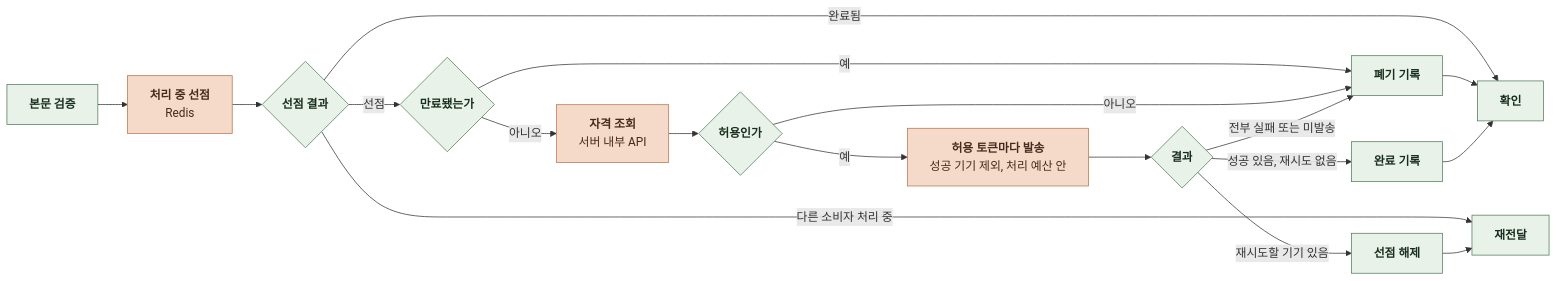
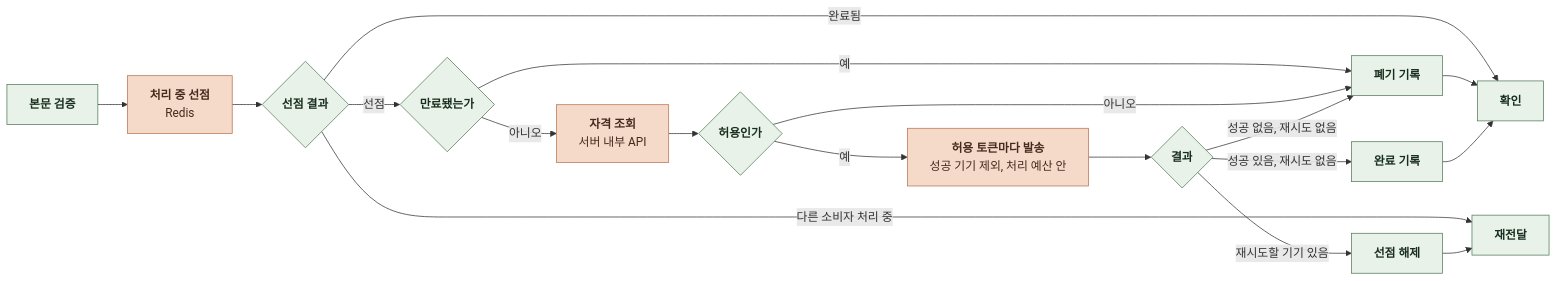
Diagram 11 of 13 in docs/domain/NOTIFICATION/BACKEND/4-1-PIPELINES.md (KIM-N-KANG/knk-harness), drawn with Mermaid before and after one commit. The commit also changed other lines of this file and 6 other files, not shown here.

````diff
--- a/docs/domain/NOTIFICATION/BACKEND/4-1-PIPELINES.md
+++ b/docs/domain/NOTIFICATION/BACKEND/4-1-PIPELINES.md
@@ -320,28 +321,28 @@
 ```mermaid
 %%{init: {"flowchart": {"curve": "basis", "nodeSpacing": 24, "rankSpacing": 40}}}%%
 flowchart LR
     A["`**본문 검증**`"] --> B["`**처리 중 선점**
 Redis`"]
     B --> C{"`**선점 결과**`"}
     C -->|완료됨| S["`**확인**`"]
     C -->|다른 소비자 처리 중| R["`**재전달**`"]
     C -->|선점| D{"`**만료됐는가**`"}
     D -->|예| E["`**폐기 기록**`"]
     D -->|아니오| F["`**자격 조회**
 서버 내부 API`"]
     F --> G{"`**허용인가**`"}
     G -->|아니오| E
     G -->|예| H["`**허용 토큰마다 발송**
 성공 기기 제외, 처리 예산 안`"]
     H --> I{"`**결과**`"}
     I -->|성공 있음, 재시도 없음| J["`**완료 기록**`"]
     I -->|재시도할 기기 있음| K["`**선점 해제**`"]
-    I -->|전부 실패 또는 미발송| E
+    I -->|성공 없음, 재시도 없음| E
     E --> S
     J --> S
     K --> R
     classDef comp fill:#E8F2E8,stroke:#527A59,color:#182D1D
     classDef task fill:#F5D9C9,stroke:#B97450,color:#452B1D
     class A,C,D,E,G,I,J,K,S,R comp
     class B,F,H task
 ```
````
